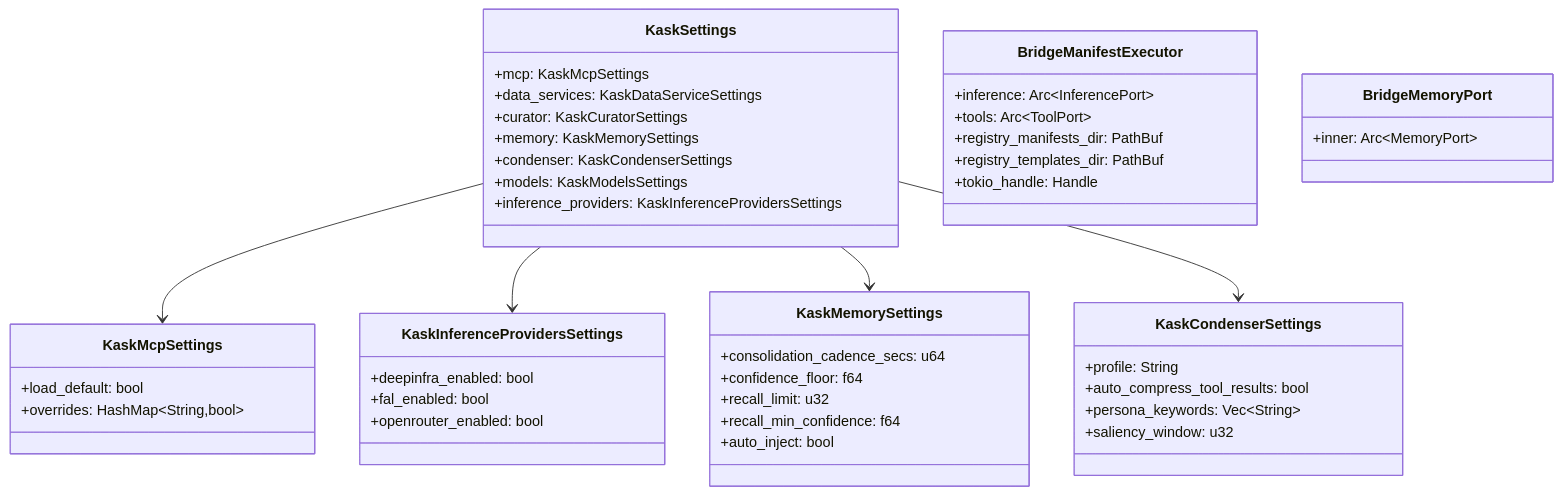
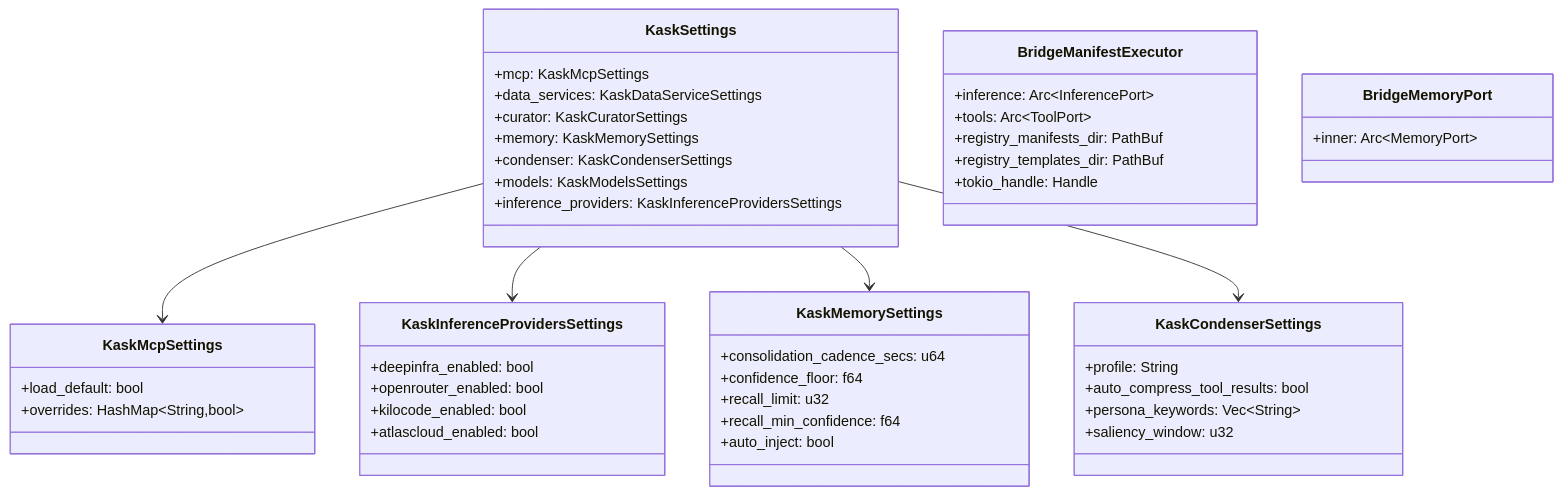
The diagram in kask/docs/diataxis/kask_bridge/reference.md (mdz-axo/zed-kask), drawn with Mermaid before and after one commit. The commit also changed 12 other files, not shown here.

````diff
--- a/kask/docs/diataxis/kask_bridge/reference.md
+++ b/kask/docs/diataxis/kask_bridge/reference.md
@@ -51,49 +51,50 @@
 ```mermaid
 classDiagram
     class KaskSettings {
         +mcp: KaskMcpSettings
         +data_services: KaskDataServiceSettings
         +curator: KaskCuratorSettings
         +memory: KaskMemorySettings
         +condenser: KaskCondenserSettings
         +models: KaskModelsSettings
         +inference_providers: KaskInferenceProvidersSettings
     }
     class KaskMcpSettings {
         +load_default: bool
         +overrides: HashMap~String,bool~
     }
     class KaskInferenceProvidersSettings {
         +deepinfra_enabled: bool
-        +fal_enabled: bool
         +openrouter_enabled: bool
+        +kilocode_enabled: bool
+        +atlascloud_enabled: bool
     }
     class KaskMemorySettings {
         +consolidation_cadence_secs: u64
         +confidence_floor: f64
         +recall_limit: u32
         +recall_min_confidence: f64
         +auto_inject: bool
     }
     class KaskCondenserSettings {
         +profile: String
         +auto_compress_tool_results: bool
         +persona_keywords: Vec~String~
         +saliency_window: u32
     }
     class BridgeManifestExecutor {
         +inference: Arc~InferencePort~
         +tools: Arc~ToolPort~
         +registry_manifests_dir: PathBuf
         +registry_templates_dir: PathBuf
         +tokio_handle: Handle
     }
     class BridgeMemoryPort {
         +inner: Arc~MemoryPort~
     }
 
     KaskSettings --> KaskMcpSettings
     KaskSettings --> KaskInferenceProvidersSettings
     KaskSettings --> KaskMemorySettings
     KaskSettings --> KaskCondenserSettings
 ```
````
